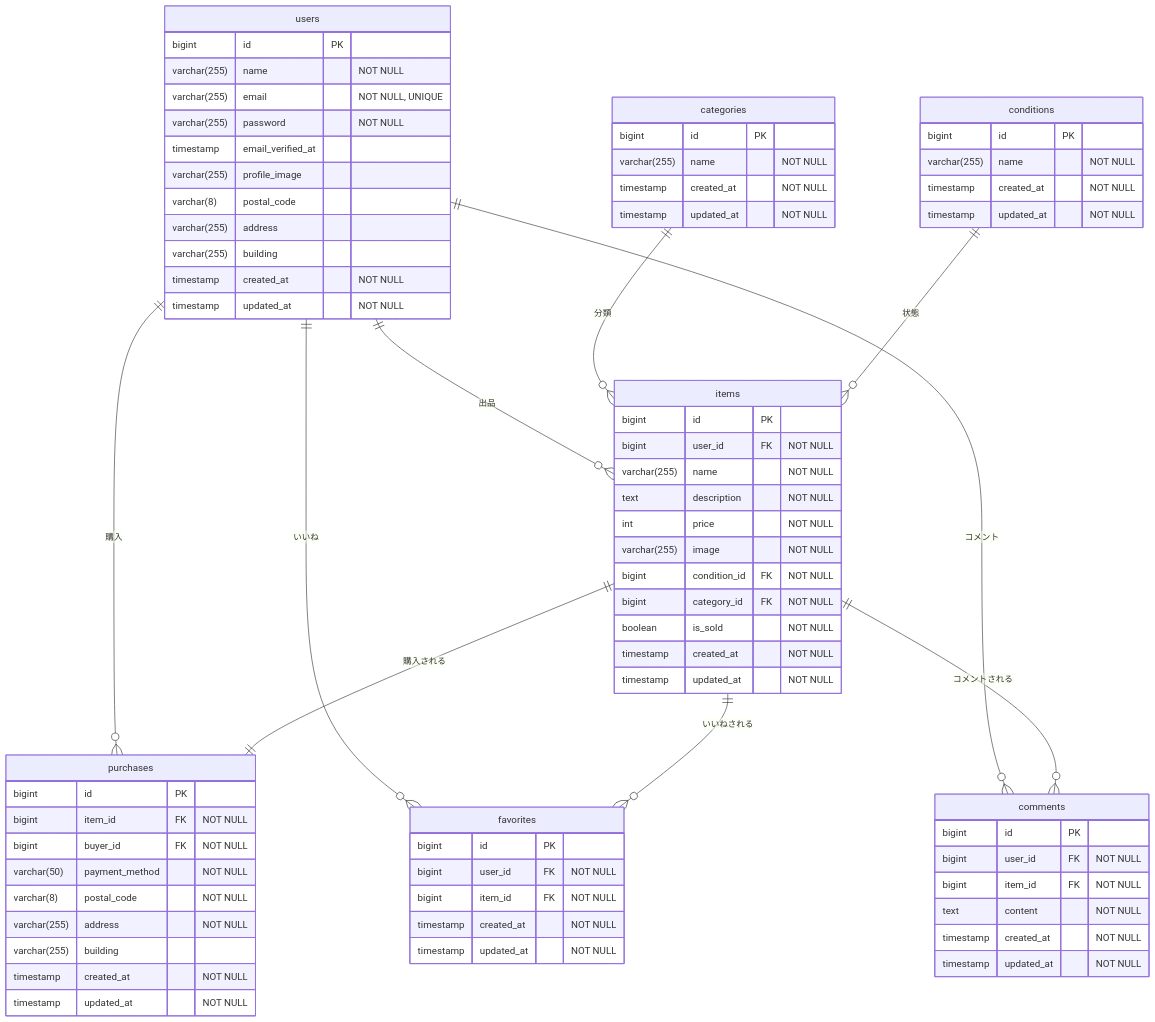
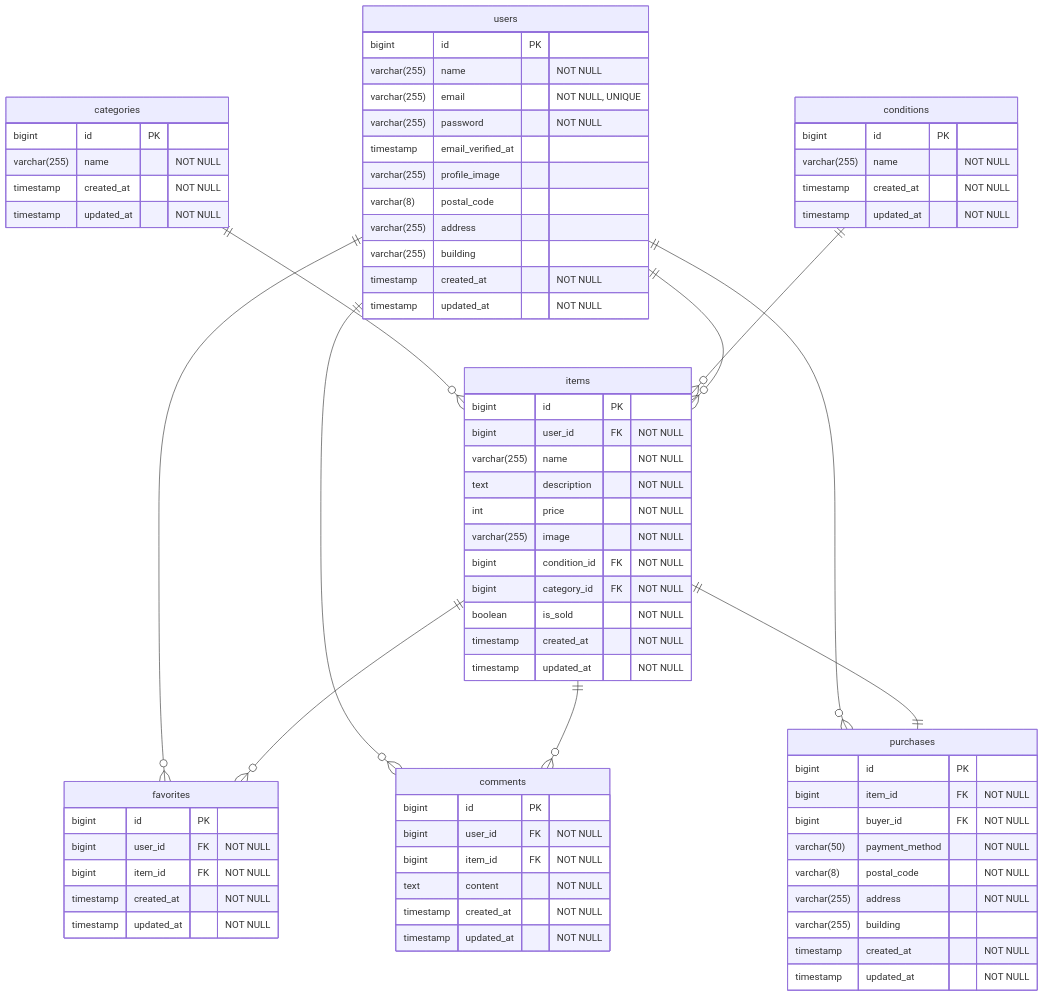
Before and after one commit to taotomo/flea-market-app: the diagram in README.md, drawn with Mermaid.

Commit message:
ER図確認

````diff
--- a/README.md
+++ b/README.md
@@ -4,14 +4,14 @@
 ```mermaid
 erDiagram
-  users ||--o{ items: "出品"
-  users ||--o{ purchases: "購入"
-  users ||--o{ favorites: "いいね"
-  users ||--o{ comments: "コメント"
-  items ||--|| purchases: "購入される"
-  items ||--o{ favorites: "いいねされる"
-  items ||--o{ comments: "コメントされる"
-  categories ||--o{ items: "分類"
-  conditions ||--o{ items: "状態"
+  categories ||--o{ items: ""
+  conditions ||--o{ items: ""
+  users ||--o{ items: ""
+  users ||--o{ favorites: ""
+  users ||--o{ comments: ""
+  users ||--o{ purchases: ""
+  items ||--o{ favorites: ""
+  items ||--o{ comments: ""
+  items ||--|| purchases: ""
 
   users {
     bigint id PK
````
